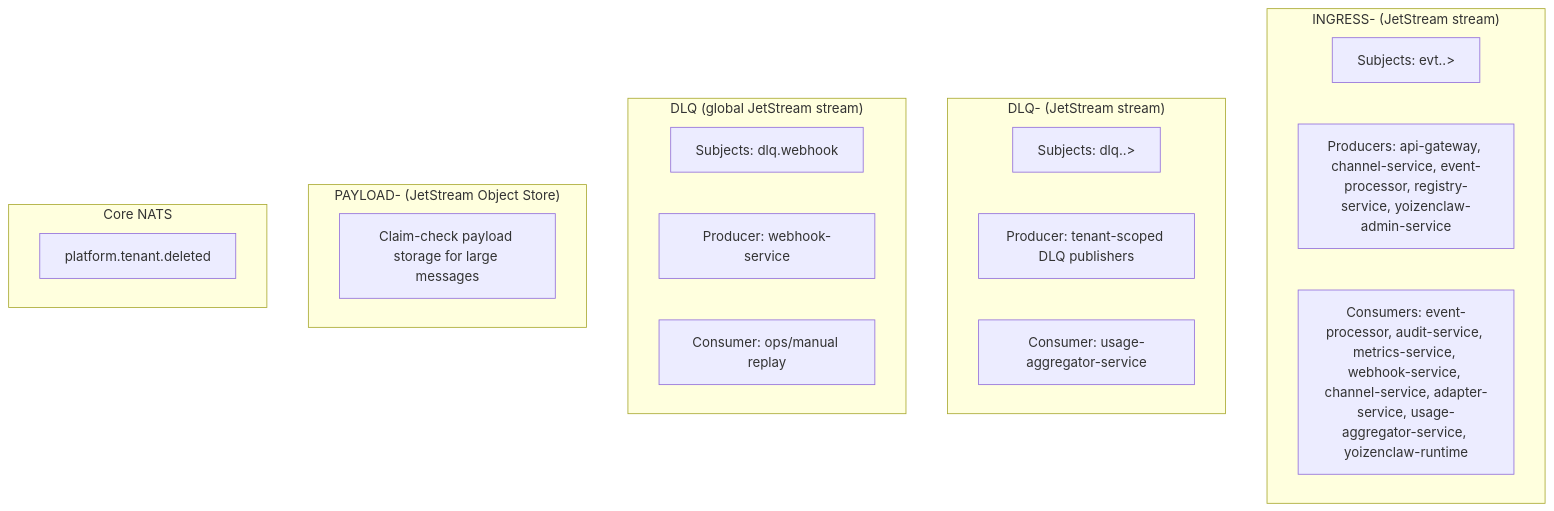
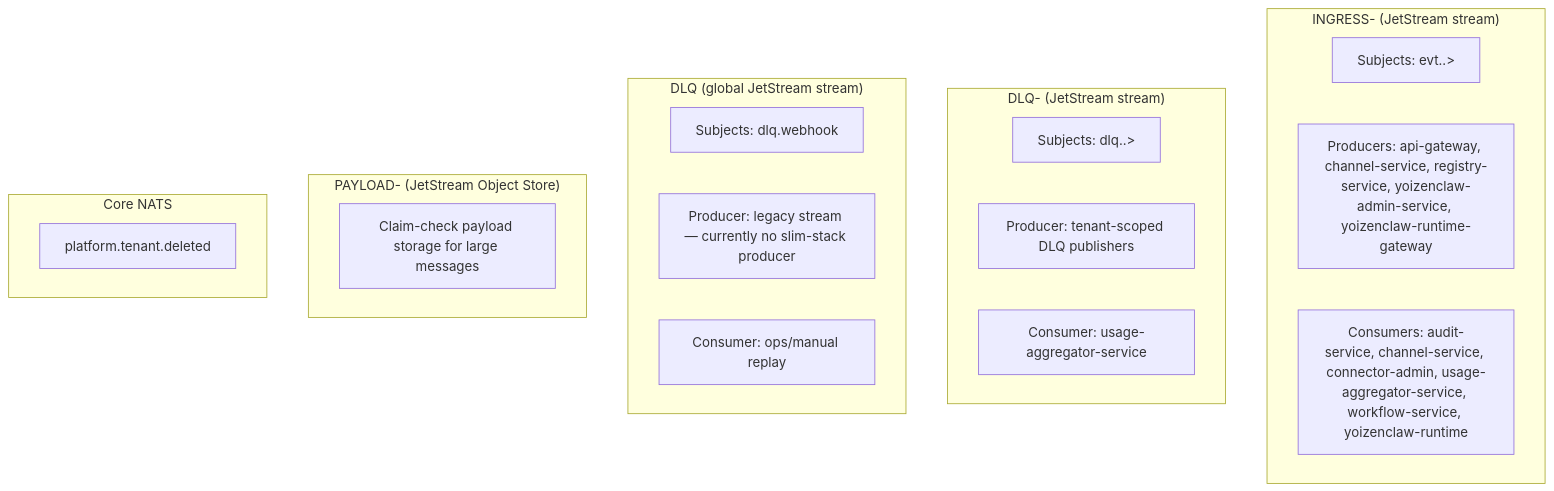
Before and after one commit to ccarnero/colloqui: the diagram in DOCS/03-NATS-JETSTREAM.md, drawn with Mermaid. The commit also changed other lines of this file and 418 other files, not shown here.

First line of the commit message:
Merged PR 3855: Remove services. Rename http-adapter/adapter-service. Update docs

````diff
--- a/DOCS/03-NATS-JETSTREAM.md
+++ b/DOCS/03-NATS-JETSTREAM.md
@@ -15,28 +15,28 @@
 ```mermaid
 flowchart TD
     subgraph ingress["INGRESS-<tenant> (JetStream stream)"]
         in_subj[Subjects: evt.<tenant>.>]
-        in_prod[Producers: api-gateway, channel-service, event-processor, registry-service, yoizenclaw-admin-service]
-        in_cons[Consumers: event-processor, audit-service, metrics-service, webhook-service, channel-service, adapter-service, usage-aggregator-service, yoizenclaw-runtime]
+        in_prod[Producers: api-gateway, channel-service, registry-service, yoizenclaw-admin-service, yoizenclaw-runtime-gateway]
+        in_cons[Consumers: audit-service, channel-service, connector-admin, usage-aggregator-service, workflow-service, yoizenclaw-runtime]
     end
 
     subgraph dlqt["DLQ-<tenant> (JetStream stream)"]
         dlqt_subj[Subjects: dlq.<tenant>.>]
         dlqt_prod[Producer: tenant-scoped DLQ publishers]
         dlqt_cons[Consumer: usage-aggregator-service]
     end
 
     subgraph dlqg["DLQ (global JetStream stream)"]
         dlqg_subj[Subjects: dlq.webhook]
-        dlqg_prod[Producer: webhook-service]
+        dlqg_prod[Producer: legacy stream — currently no slim-stack producer]
         dlqg_cons[Consumer: ops/manual replay]
     end
 
     subgraph payload["PAYLOAD-<tenant> (JetStream Object Store)"]
         payload_role[Claim-check payload storage for large messages]
     end
 
     subgraph core["Core NATS"]
         core_subj[platform.tenant.deleted]
     end
 ```
````
